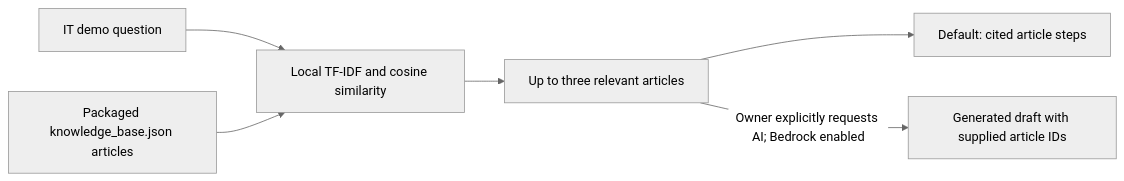
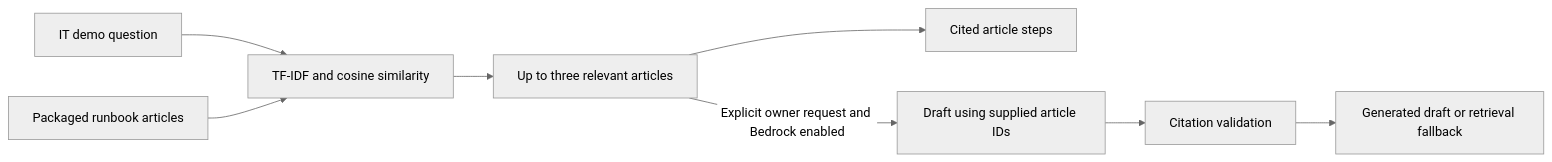
One commit to rishchaw/ticketpilot-apartments changed the diagram in docs/RAG_IMPLEMENTATION.md. Above: the diagram before and after it, drawn with Mermaid (neutral theme). The commit also changed other lines of this file and 29 other files, not shown here.

````diff
--- a/docs/RAG_IMPLEMENTATION.md
+++ b/docs/RAG_IMPLEMENTATION.md
@@ -7,8 +7,10 @@
 ```mermaid
 flowchart LR
-    Q["IT demo question"] --> R["Local TF-IDF and cosine similarity"]
-    KB["Packaged knowledge_base.json articles"] --> R
+    Q["IT demo question"] --> R["TF-IDF and cosine similarity"]
+    KB["Packaged runbook articles"] --> R
     R --> A["Up to three relevant articles"]
-    A --> D["Default: cited article steps"]
-    A -->|"Owner explicitly requests AI; Bedrock enabled"| G["Generated draft with supplied article IDs"]
+    A --> D["Cited article steps"]
+    A -->|"Explicit owner request and Bedrock enabled"| G["Draft using supplied article IDs"]
+    G --> V["Citation validation"]
+    V --> F["Generated draft or retrieval fallback"]
 ```
````
